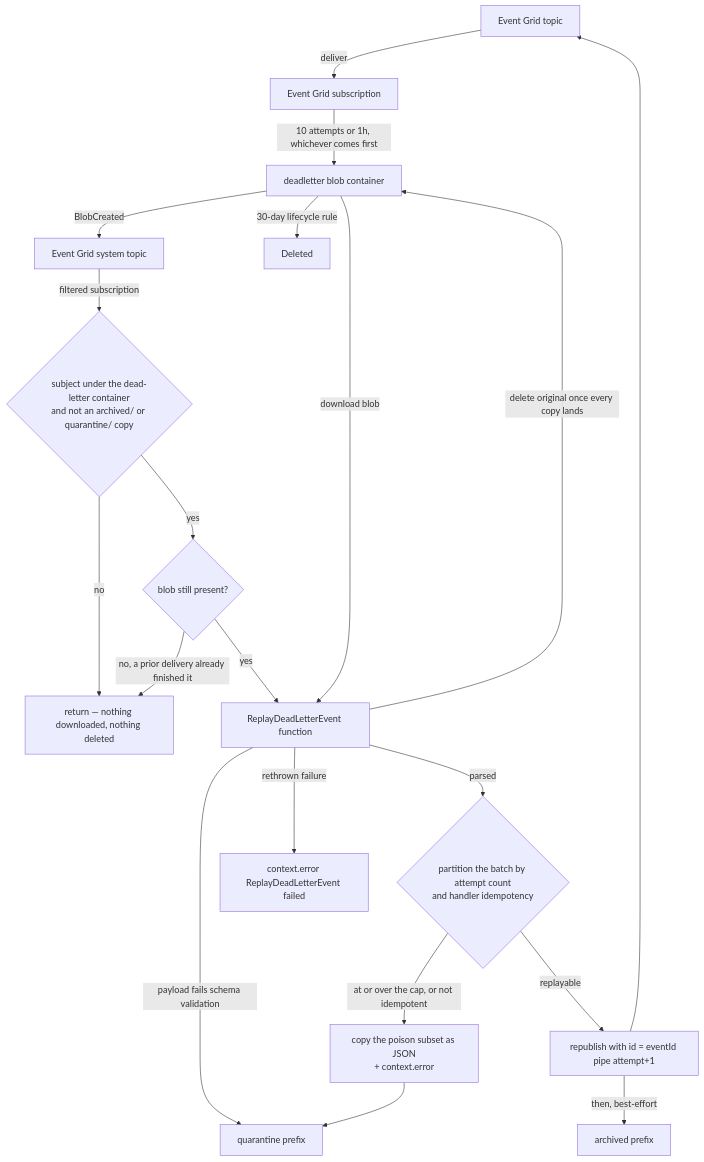
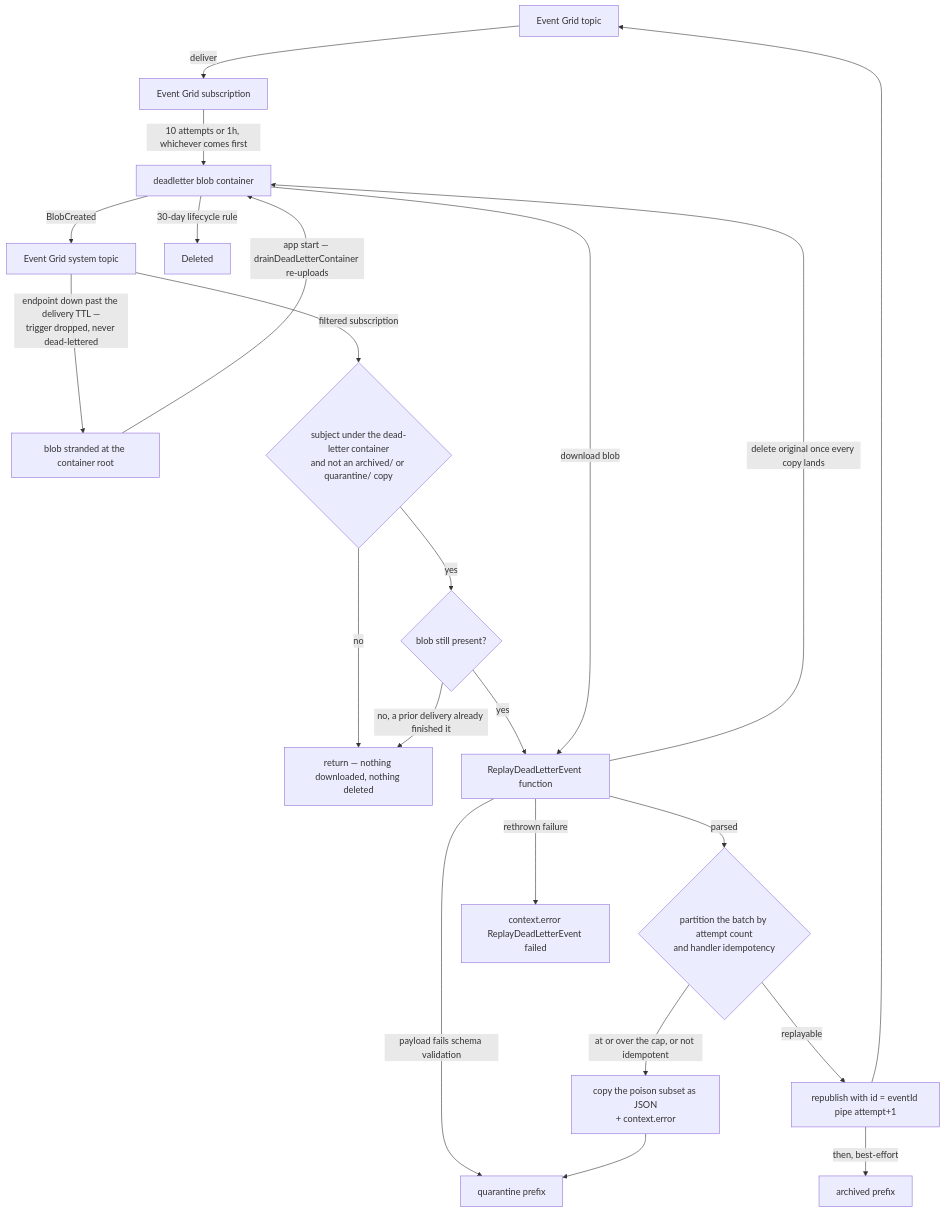
One commit to Esposter/Esposter changed the first of 2 diagrams in packages/app/content/docs/infra/eventgrid-dead-letter.md. Above: the diagram before and after it, drawn with Mermaid. The commit also changed other lines of this file and 4 other files, not shown here.

````diff
--- a/packages/app/content/docs/infra/eventgrid-dead-letter.md
+++ b/packages/app/content/docs/infra/eventgrid-dead-letter.md
@@ -57,22 +73,24 @@
 ```mermaid
 flowchart TD
   topic[Event Grid topic] -->|deliver| sub[Event Grid subscription]
   sub -->|10 attempts or 1h, whichever comes first| dead[deadletter blob container]
   dead -->|BlobCreated| egst[Event Grid system topic]
+  egst -->|"endpoint down past the delivery TTL —<br/>trigger dropped, never dead-lettered"| stranded["blob stranded at the container root"]
+  stranded -->|"app start — drainDeadLetterContainer re-uploads"| dead
   egst -->|filtered subscription| guard{"subject under the dead-letter container<br/>and not an archived/ or quarantine/ copy"}
   guard -->|no| ignored["return — nothing downloaded, nothing deleted"]
   guard -->|yes| exists{"blob still present?"}
   exists -->|no, a prior delivery already finished it| ignored
   exists -->|yes| fn[ReplayDeadLetterEvent function]
   dead -->|download blob| fn
   fn -->|payload fails schema validation| quarantine[quarantine prefix]
   fn -->|parsed| split{"partition the batch by attempt count<br/>and handler idempotency"}
   split -->|at or over the cap, or not idempotent| poison["copy the poison subset as JSON<br/>+ context.error"]
   poison --> quarantine
   split -->|replayable| republish["republish with id = eventId pipe attempt+1"]
   republish --> topic
   republish -->|then, best-effort| archived[archived prefix]
   fn -->|rethrown failure| failed["context.error ReplayDeadLetterEvent failed"]
   fn -->|delete original once every copy lands| dead
   dead -->|30-day lifecycle rule| gone[Deleted]
 ```
````
